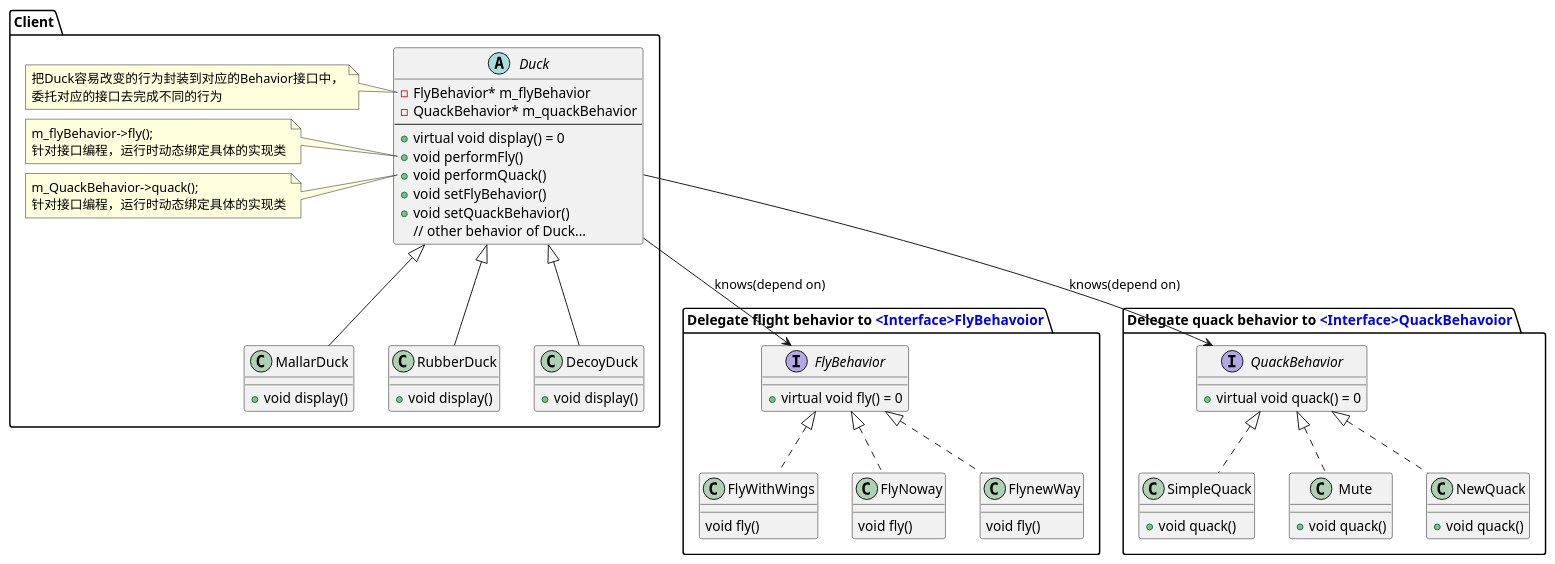
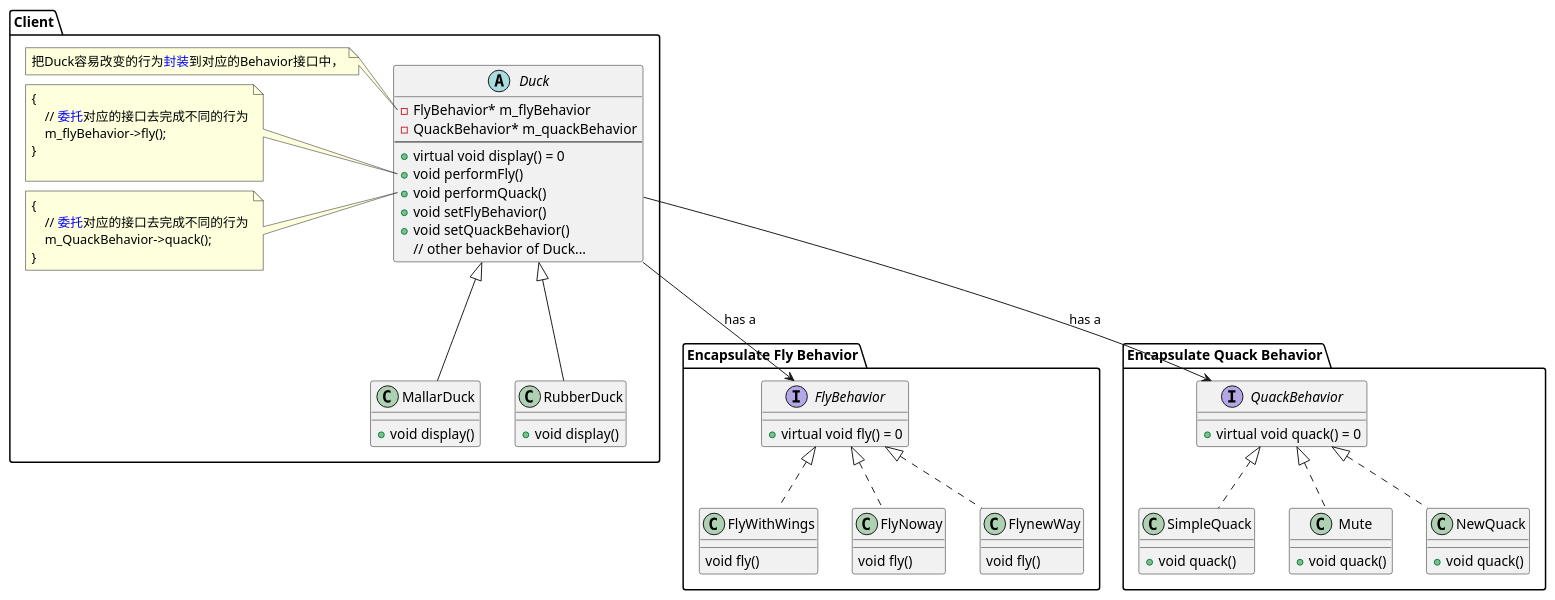
Before and after one commit to jwbecalm/Head-First-Design-Patterns-in-CPP: the diagram in ch01_Strategy/plantuml/Strategy_class.plantuml, drawn with PlantUML. The commit also changed 4 other files, not shown here.

Commit message:
Strategy Pattern: add uml.svg and README

```diff
--- a/ch01_Strategy/plantuml/Strategy_class.plantuml
+++ b/ch01_Strategy/plantuml/Strategy_class.plantuml
@@ -1,76 +1,80 @@
 @startuml Strategy Pattern
 
 package "Client"{
 Abstract class Duck
 {
     - FlyBehavior* m_flyBehavior
     - QuackBehavior* m_quackBehavior
     --
     + virtual void display() = 0
     + void performFly()
     + void performQuack()
     + void setFlyBehavior()
     + void setQuackBehavior()
     // other behavior of Duck...
 }
 note left of Duck::m_flyBehavior
-把Duck容易改变的行为封装到对应的Behavior接口中，
-委托对应的接口去完成不同的行为
+把Duck容易改变的行为<color:blue>封装</color>到对应的Behavior接口中，
 end note
 
 note left of Duck::performFly
-m_flyBehavior->fly();  
-针对接口编程，运行时动态绑定具体的实现类
+{   
+    // <color:blue>委托</color>对应的接口去完成不同的行为
+    m_flyBehavior->fly();  
+}
+
 end note
 
 note left of Duck::performQuack
-m_QuackBehavior->quack();  
-针对接口编程，运行时动态绑定具体的实现类
+{   
+    // <color:blue>委托</color>对应的接口去完成不同的行为
+    m_QuackBehavior->quack();  
+}
 end note
 
 class MallarDuck extends Duck{
     +void display()
 }
 
 class RubberDuck extends Duck{
     +void display()
 }
-class DecoyDuck extends Duck{
-    +void display()
+
 }
-}
-package "Delegate flight behavior to <color:blue><Interface>FlyBehavoior" {
-Duck -->FlyBehavior: knows(depend on)
+
+package "Encapsulate Fly Behavior"{
+Duck -->FlyBehavior: has a
+
 interface FlyBehavior{
     + virtual void fly() = 0
 }
 
 
 class FlyWithWings implements FlyBehavior{
     void fly()
 }
 class FlyNoway implements FlyBehavior{
     void fly()
 }
 class FlynewWay implements FlyBehavior{
     void fly()
 }
 }
 
-package "Delegate quack behavior to <color:blue><Interface>QuackBehavoior"{
-Duck -->QuackBehavior: knows(depend on)
+package "Encapsulate Quack Behavior"{
+Duck -->QuackBehavior: has a
 
 interface QuackBehavior{
     + virtual void quack() = 0
 }
 class SimpleQuack implements QuackBehavior{
     + void quack()
 }
 class Mute implements QuackBehavior{
     + void quack()
 }
 class NewQuack implements QuackBehavior{
     + void quack()
 }
 }
 @enduml
```
